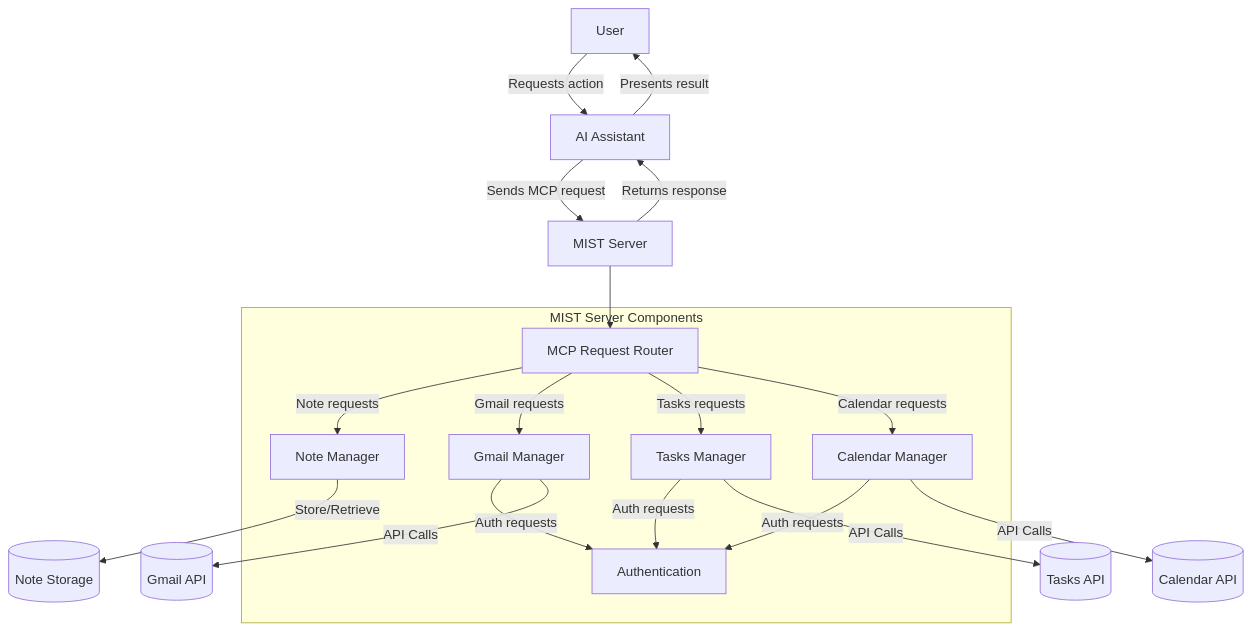
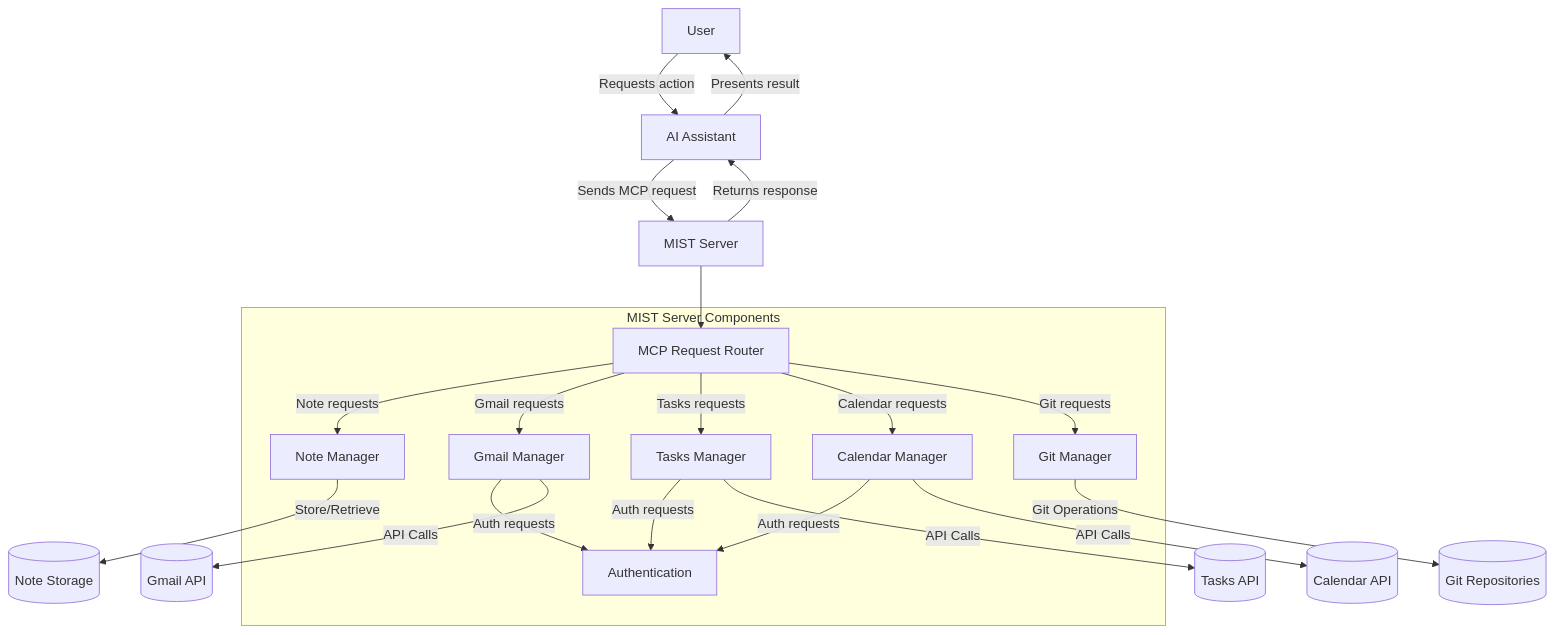
One commit to CLoaKY233/MIST changed the first of 3 diagrams in README.md. Above: the diagram before and after it, drawn with Mermaid. The commit also changed other lines of this file and 12 other files, not shown here.

````diff
--- a/README.md
+++ b/README.md
@@ -83,31 +93,34 @@
 ```mermaid
 flowchart TB
     User[User] -->|Requests action| AI[AI Assistant]
     AI -->|Sends MCP request| MIST[MIST Server]
 
     subgraph "MIST Server Components"
         Router[MCP Request Router]
         NoteMgr[Note Manager]
         GmailMgr[Gmail Manager]
         TasksMgr[Tasks Manager]
         CalendarMgr[Calendar Manager]
+        GitMgr[Git Manager]
         Auth[Authentication]
     end
 
     MIST --> Router
     Router -->|Note requests| NoteMgr
     Router -->|Gmail requests| GmailMgr
     Router -->|Tasks requests| TasksMgr
     Router -->|Calendar requests| CalendarMgr
+    Router -->|Git requests| GitMgr
     GmailMgr -->|Auth requests| Auth
     TasksMgr -->|Auth requests| Auth
     CalendarMgr -->|Auth requests| Auth
 
     NoteMgr -->|Store/Retrieve| NoteDB[(Note Storage)]
     GmailMgr -->|API Calls| Gmail[(Gmail API)]
     TasksMgr -->|API Calls| Tasks[(Tasks API)]
     CalendarMgr -->|API Calls| Calendar[(Calendar API)]
+    GitMgr -->|Git Operations| GitRepos[(Git Repositories)]
 
     MIST -->|Returns response| AI
     AI -->|Presents result| User
 ```
````
